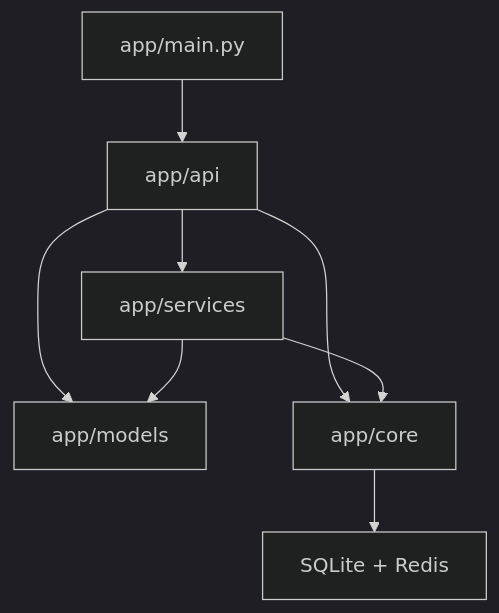
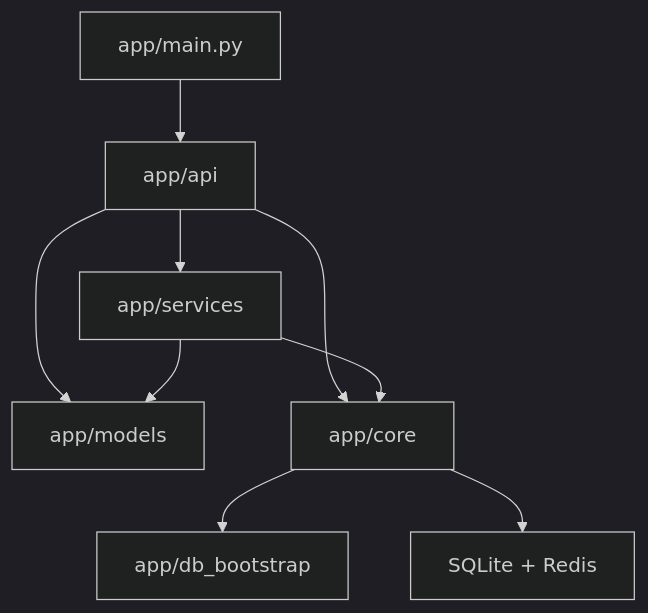
Before and after one commit to hzb666/LabStorageManager: the diagram in wiki/backend/service-map.md, drawn with Mermaid (dark theme). The commit also changed other lines of this file and 298 other files, not shown here.

````diff
--- a/wiki/backend/service-map.md
+++ b/wiki/backend/service-map.md
@@ -7,10 +7,11 @@
 ```mermaid
 flowchart TD
     A["app/main.py"] --> B["app/api"]
     B --> C["app/services"]
     B --> D["app/models"]
     B --> E["app/core"]
+    E --> G["app/db_bootstrap"]
     C --> D
     C --> E
     E --> F["SQLite + Redis"]
 ```
````
